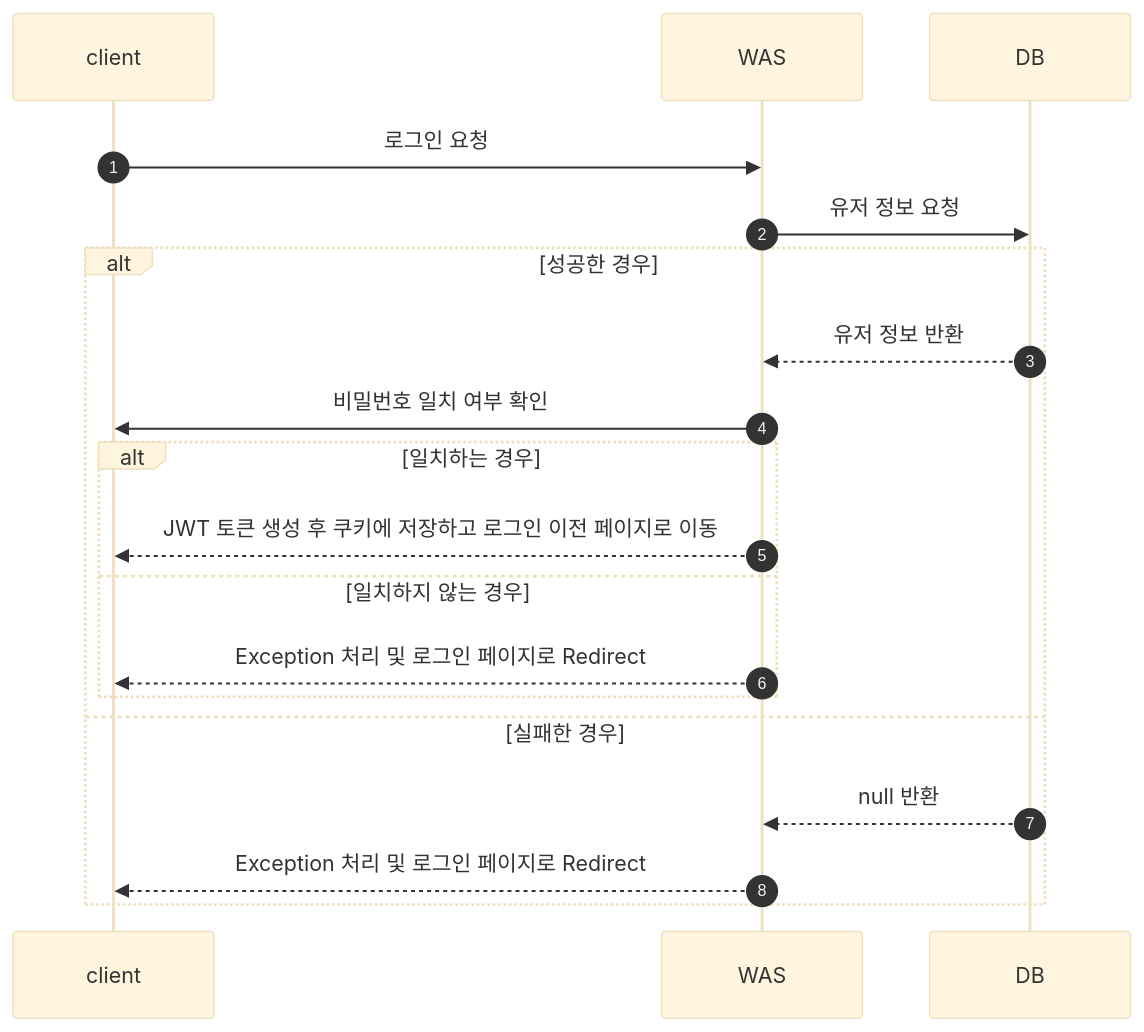
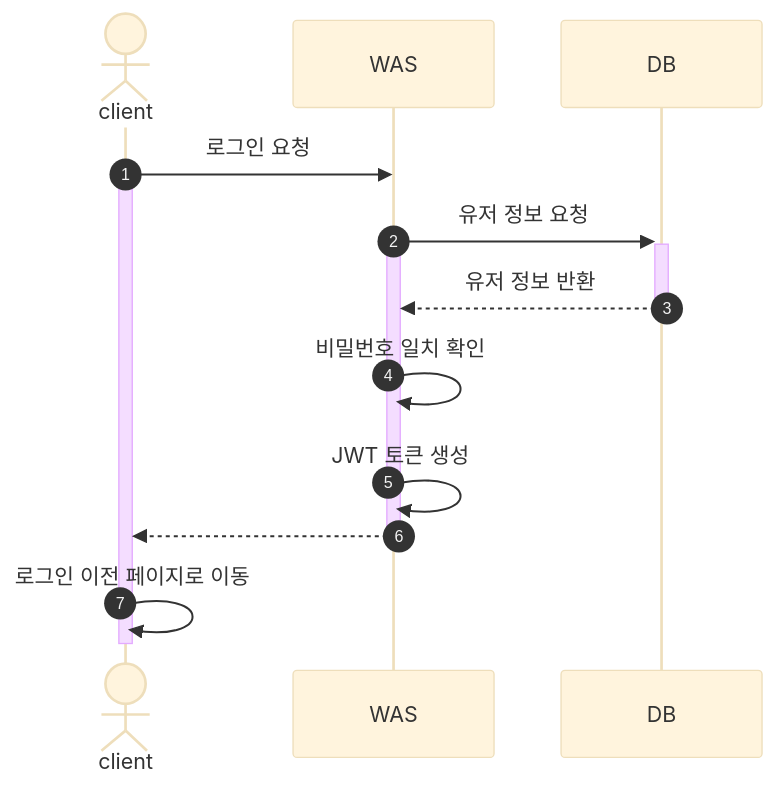
Before and after one commit to JadeKim042386/My3D: the second of 9 diagrams in README.md, drawn with Mermaid (base theme). The commit also changed other lines of this file, not shown here.

````diff
--- a/README.md
+++ b/README.md
@@ -50,19 +44,15 @@
 ```mermaid
 sequenceDiagram
     autonumber
+    actor client
     client ->> WAS: 로그인 요청
-    WAS ->> DB: 유저 정보 요청
-    alt 성공한 경우
-        DB -->> WAS: 유저 정보 반환
-        WAS ->> client: 비밀번호 일치 여부 확인
-        alt 일치하는 경우
-            WAS -->> client: JWT 토큰 생성 후 쿠키에 저장하고 로그인 이전 페이지로 이동
-        else 일치하지 않는 경우
-            WAS -->> client: Exception 처리 및 로그인 페이지로 Redirect
-        end
-    else 실패한 경우
-        DB -->> WAS: null 반환
-        WAS -->> client: Exception 처리 및 로그인 페이지로 Redirect
-    end
-    
+    activate client
+    WAS ->>+ DB: 유저 정보 요청
+    activate WAS
+    DB -->>- WAS: 유저 정보 반환
+    WAS ->> WAS: 비밀번호 일치 확인
+    WAS ->> WAS: JWT 토큰 생성
+    WAS -->>- client: 
+    client ->> client: 로그인 이전 페이지로 이동
+    deactivate client
 ```
````
